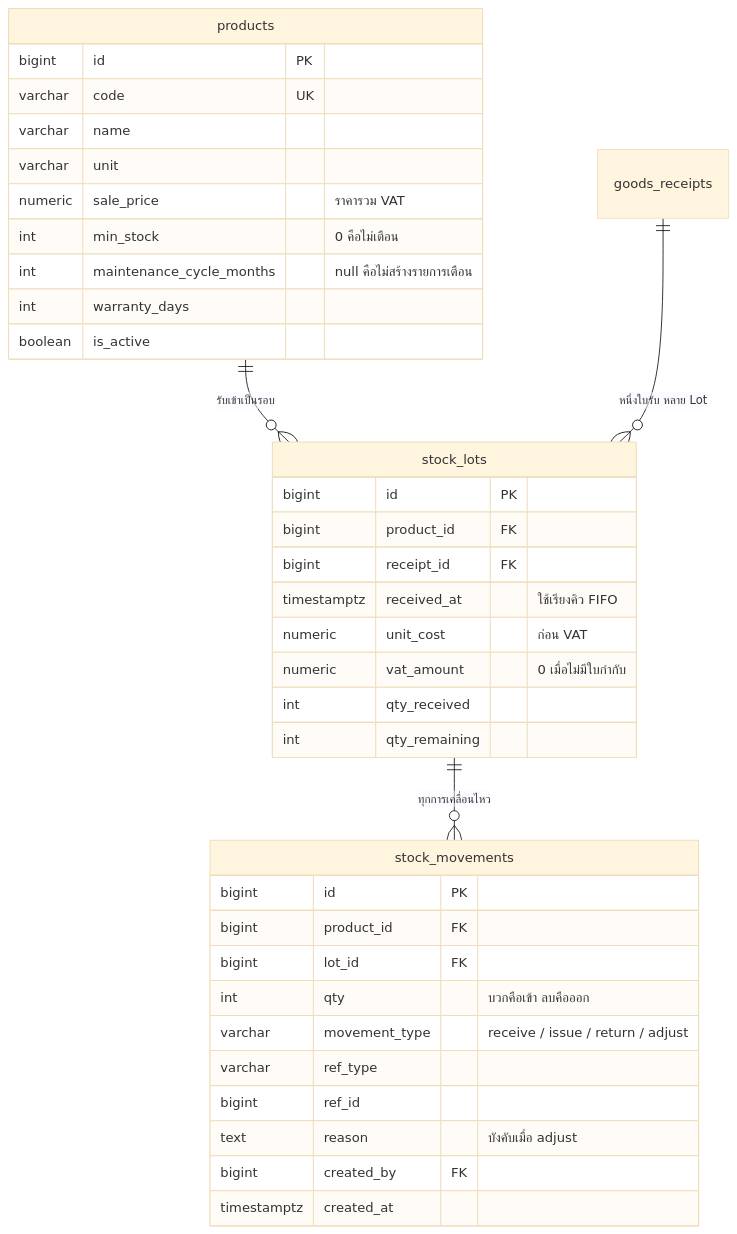
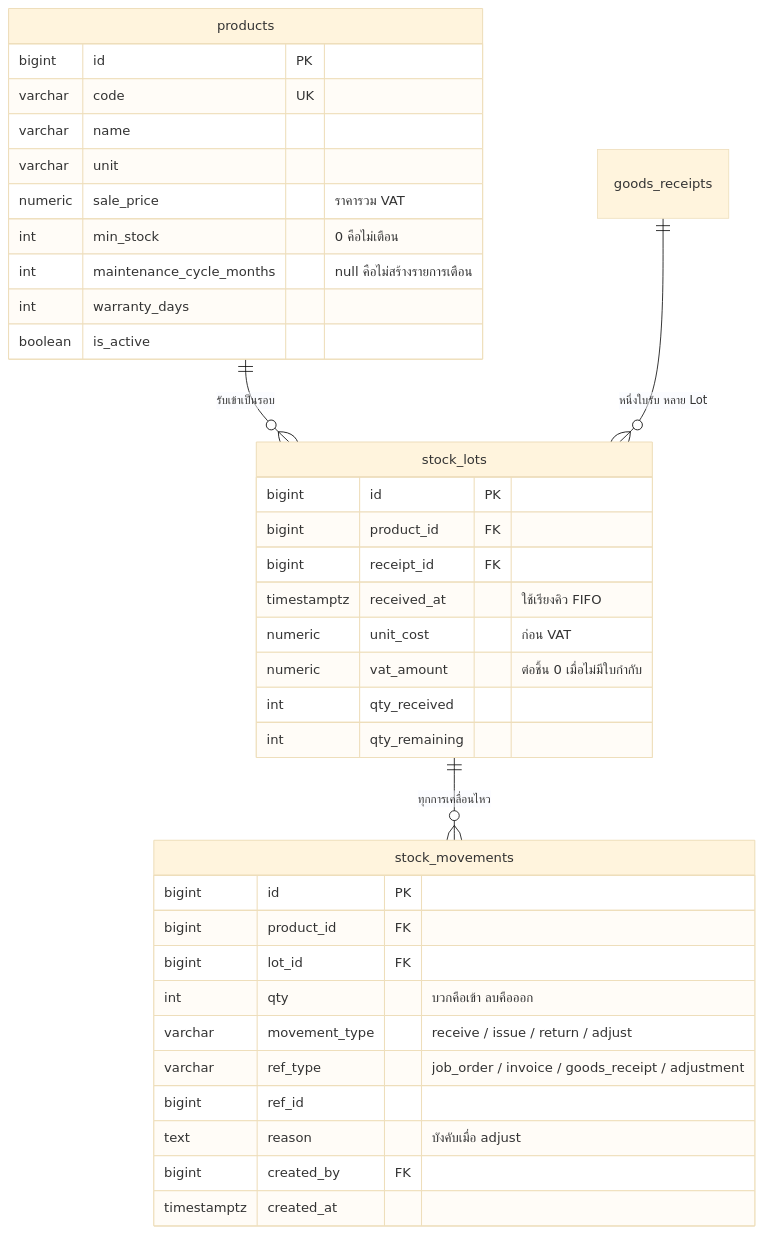
Before and after one commit to kaewjamsai0193/Garage_Final_Project: the fourth of 8 diagrams in data_model.md, drawn with Mermaid (base theme). The commit also changed other lines of this file and 2 other files, not shown here.

````diff
--- a/data_model.md
+++ b/data_model.md
@@ -94,42 +94,42 @@
 ```mermaid
 erDiagram
     products ||--o{ stock_lots : "รับเข้าเป็นรอบ"
     stock_lots ||--o{ stock_movements : "ทุกการเคลื่อนไหว"
     goods_receipts ||--o{ stock_lots : "หนึ่งใบรับ หลาย Lot"
 
     products {
         bigint id PK
         varchar code UK
         varchar name
         varchar unit
         numeric sale_price "ราคารวม VAT"
         int min_stock "0 คือไม่เตือน"
         int maintenance_cycle_months "null คือไม่สร้างรายการเตือน"
         int warranty_days
         boolean is_active
     }
 
     stock_lots {
         bigint id PK
         bigint product_id FK
         bigint receipt_id FK
         timestamptz received_at "ใช้เรียงคิว FIFO"
         numeric unit_cost "ก่อน VAT"
-        numeric vat_amount "0 เมื่อไม่มีใบกำกับ"
+        numeric vat_amount "ต่อชิ้น 0 เมื่อไม่มีใบกำกับ"
         int qty_received
         int qty_remaining
     }
 
     stock_movements {
         bigint id PK
         bigint product_id FK
         bigint lot_id FK
         int qty "บวกคือเข้า ลบคือออก"
         varchar movement_type "receive / issue / return / adjust"
-        varchar ref_type
+        varchar ref_type "job_order / invoice / goods_receipt / adjustment"
         bigint ref_id
         text reason "บังคับเมื่อ adjust"
         bigint created_by FK
         timestamptz created_at
     }
 ```
````
